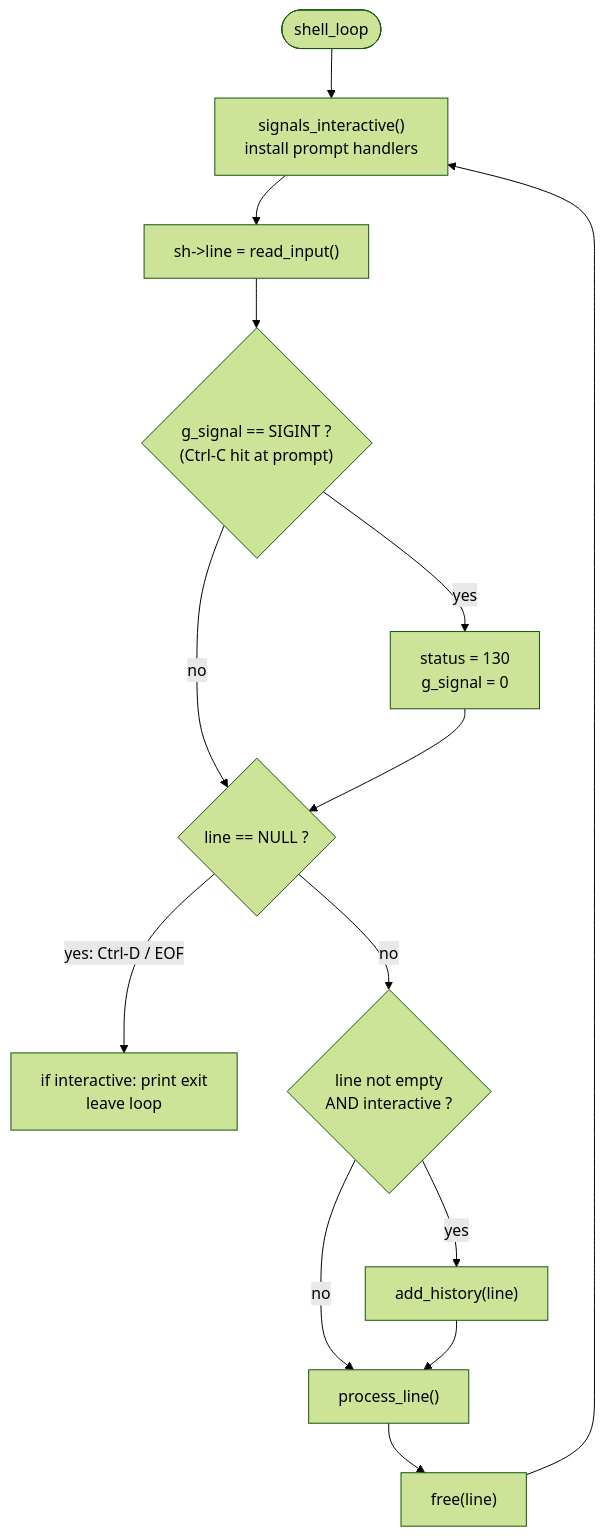
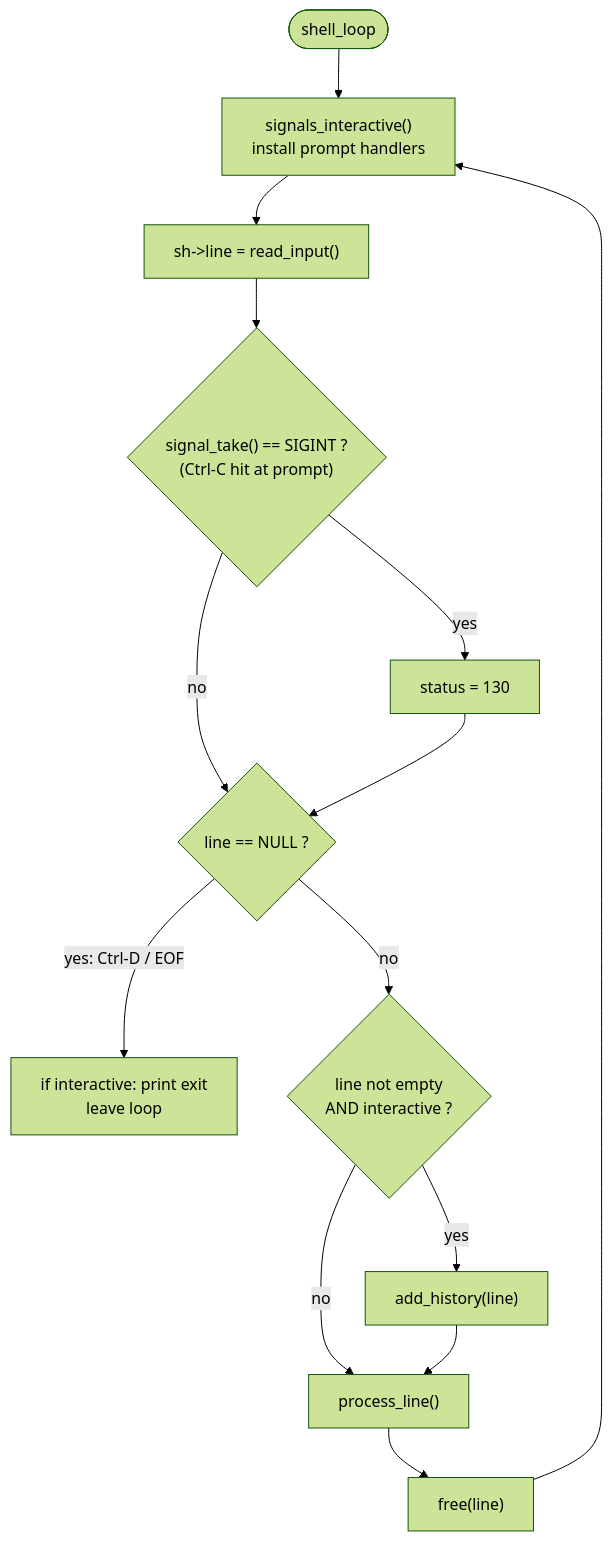
Before and after one commit to Minks09/42_minishell: the first of 3 diagrams in minishell/src/core/README.md, drawn with Mermaid (forest theme). The commit also changed 9 other files, not shown here.

````diff
--- a/minishell/src/core/README.md
+++ b/minishell/src/core/README.md
@@ -20,16 +20,16 @@
 ```mermaid
 flowchart TD
     S([shell_loop]) --> A["signals_interactive()<br/>install prompt handlers"]
     A --> B["sh->line = read_input()"]
-    B --> C{"g_signal == SIGINT ?<br/>(Ctrl-C hit at prompt)"}
-    C -->|yes| C1["status = 130<br/>g_signal = 0"]
+    B --> C{"signal_take() == SIGINT ?<br/>(Ctrl-C hit at prompt)"}
+    C -->|yes| C1["status = 130"]
     C -->|no| D
     C1 --> D{"line == NULL ?"}
     D -->|yes: Ctrl-D / EOF| X["if interactive: print exit<br/>leave loop"]
     D -->|no| E{"line not empty<br/>AND interactive ?"}
     E -->|yes| E1["add_history(line)"]
     E -->|no| F
     E1 --> F["process_line()"]
     F --> G["free(line)"]
     G --> A
 ```
````
